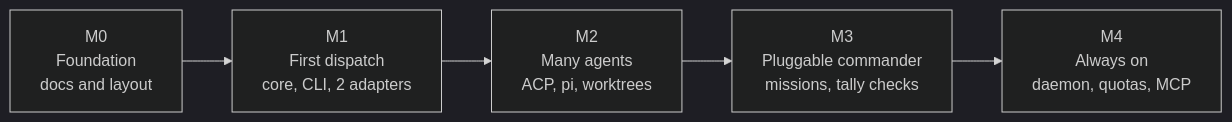
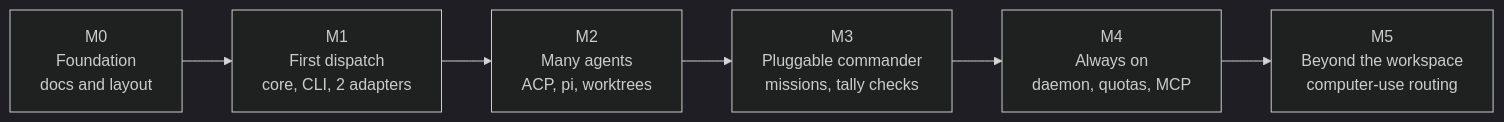
One commit to kverona-ai/hufu changed the diagram in doc/roadmap.md. Above: the diagram before and after it, drawn with Mermaid (dark theme). The commit also changed other lines of this file and 20 other files, not shown here.

First line of the commit message:
docs: switch to Rust, ship both first adapters, plan computer-use routing

````diff
--- a/doc/roadmap.md
+++ b/doc/roadmap.md
@@ -12,7 +12,8 @@
 ```mermaid
 flowchart LR
     M0["M0<br/>Foundation<br/>docs and layout"] --> M1["M1<br/>First dispatch<br/>core, CLI, 2 adapters"]
     M1 --> M2["M2<br/>Many agents<br/>ACP, pi, worktrees"]
     M2 --> M3["M3<br/>Pluggable commander<br/>missions, tally checks"]
     M3 --> M4["M4<br/>Always on<br/>daemon, quotas, MCP"]
+    M4 --> M5["M5<br/>Beyond the workspace<br/>computer-use routing"]
 ```
````
